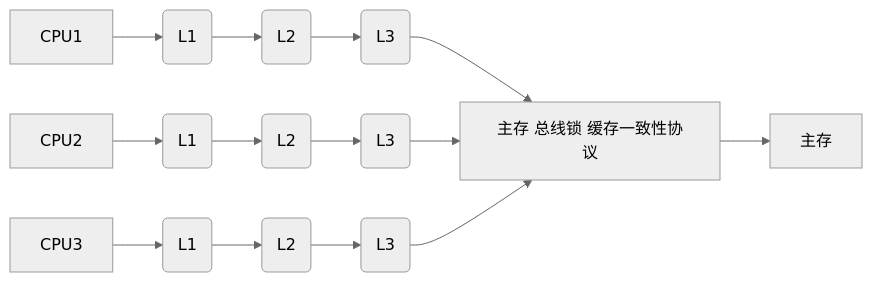
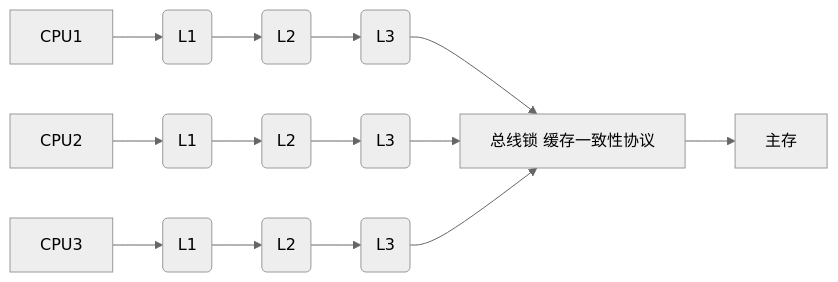
The diagram in java/并发编程/5-volatitle.md (dreamlikey/note), drawn with Mermaid (neutral theme) before and after one commit. The commit also changed other lines of this file and 1 other file, not shown here.

````diff
--- a/java/并发编程/5-volatitle.md
+++ b/java/并发编程/5-volatitle.md
@@ -97,10 +178,10 @@
 ```mermaid
 graph LR
-D[主存 总线锁 缓存一致性协议]
+D[总线锁 缓存一致性协议]
 A[CPU1] -->A1(L1) -->A2(L2) -->A3(L3) -->D
 B[CPU2] -->B1(L1) -->B2(L2) -->B3(L3) -->D
 C[CPU3] -->C1(L1) -->C2(L2) -->C3(L3) -->D
 D -->E[主存]
 
 
 ```
````
